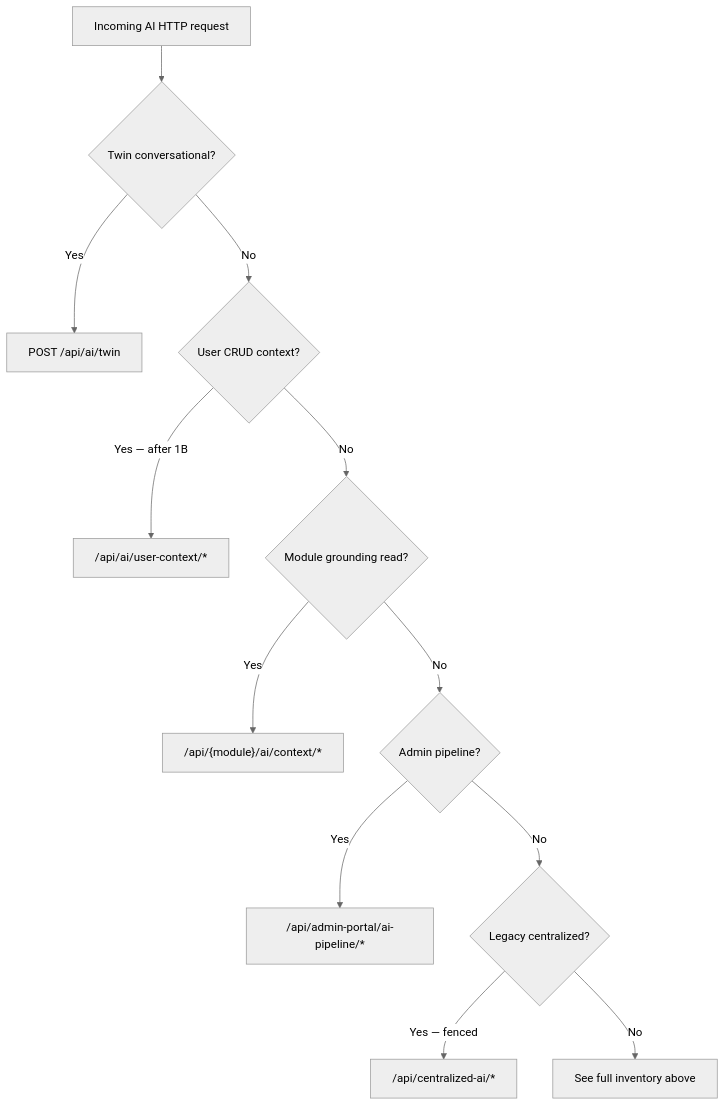
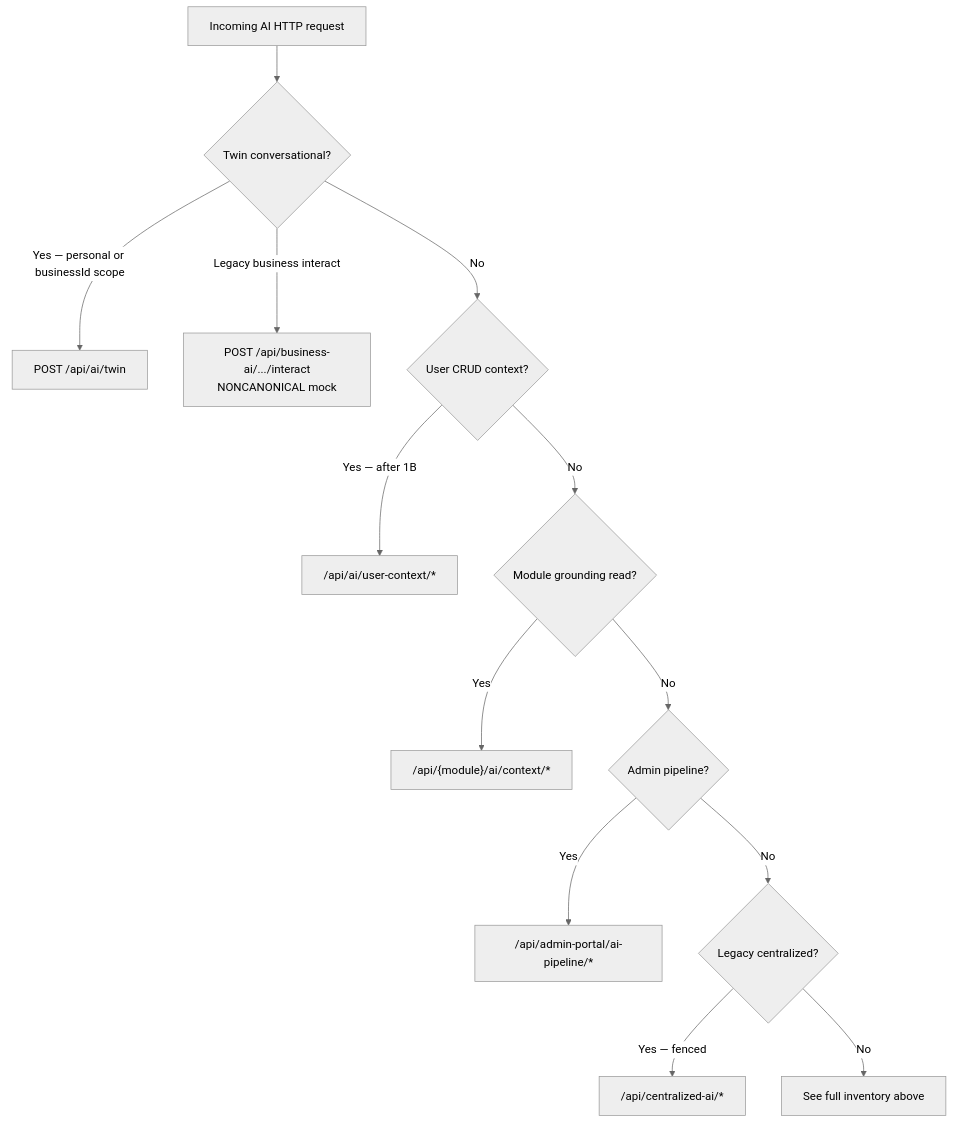
Before and after one commit to ADTrauts/Vssyl: the diagram in docs/architecture/AI_CANONICAL_ROUTE_MAP.md, drawn with Mermaid (neutral theme). The commit also changed other lines of this file and 13 other files, not shown here.

First line of the commit message:
docs(ai): reconcile digital life twin architecture

````diff
--- a/docs/architecture/AI_CANONICAL_ROUTE_MAP.md
+++ b/docs/architecture/AI_CANONICAL_ROUTE_MAP.md
@@ -260,15 +306,16 @@
 ```mermaid
 flowchart TD
   Q[Incoming AI HTTP request]
   Q --> T{Twin conversational?}
-  T -->|Yes| Twin["POST /api/ai/twin"]
+  T -->|Yes — personal or businessId scope| Twin["POST /api/ai/twin"]
+  T -->|Legacy business interact| LegacyBiz["POST /api/business-ai/.../interact<br/>NONCANONICAL mock"]
   T -->|No| U{User CRUD context?}
   U -->|Yes — after 1B| UC["/api/ai/user-context/*"]
   U -->|No| M{Module grounding read?}
   M -->|Yes| MP["/api/{module}/ai/context/*"]
   M -->|No| A{Admin pipeline?}
   A -->|Yes| AP["/api/admin-portal/ai-pipeline/*"]
   A -->|No| L{Legacy centralized?}
   L -->|Yes — fenced| CA["/api/centralized-ai/*"]
   L -->|No| X[See full inventory above]
 ```
````
